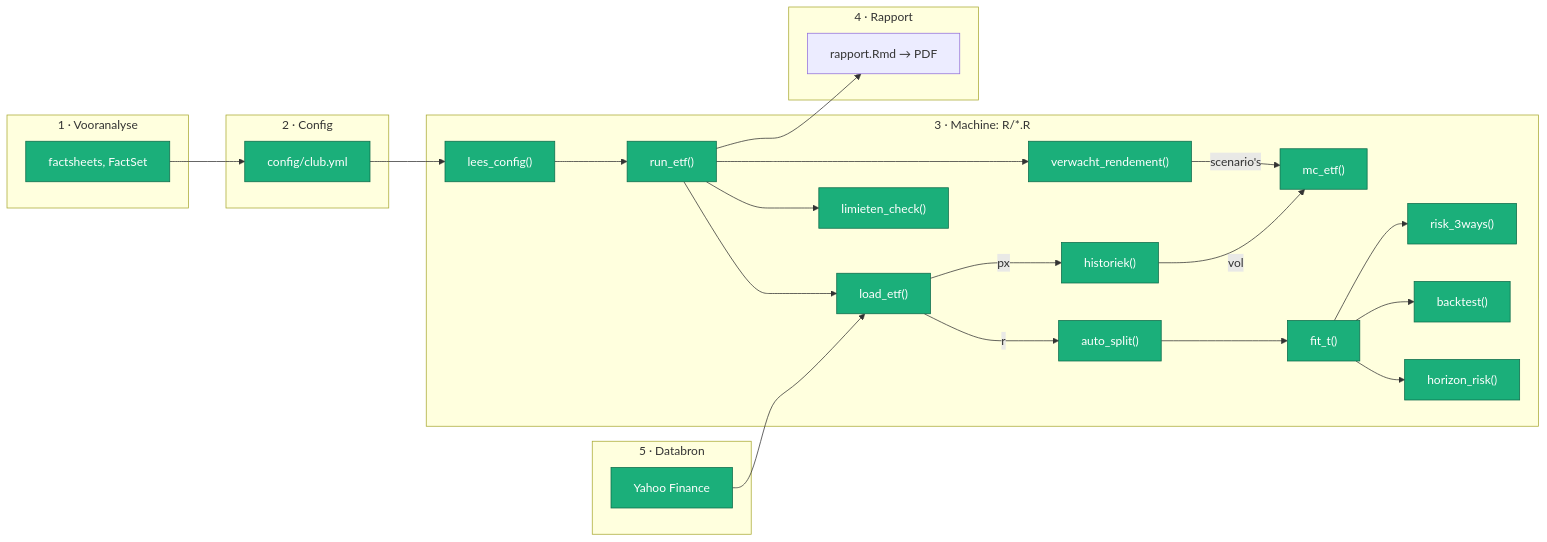
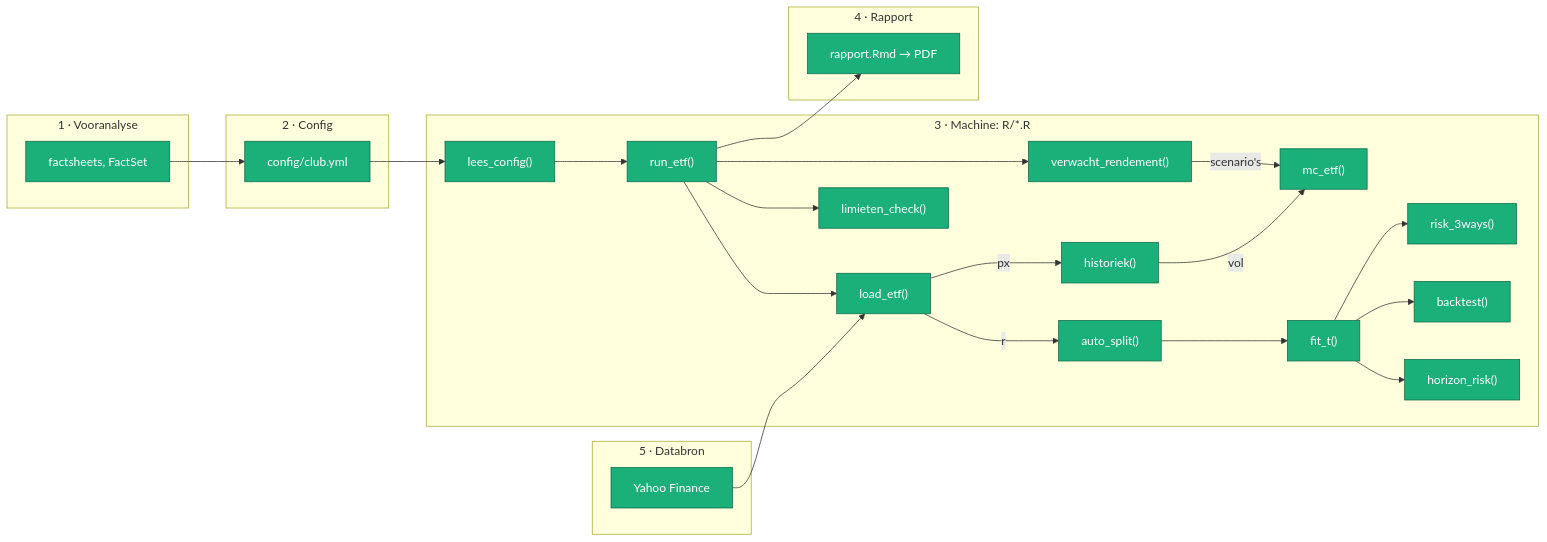
One commit to batistedecat/etf-model-1 changed the diagram in README.md. Above: the diagram before and after it, drawn with Mermaid.

````diff
--- a/README.md
+++ b/README.md
@@ -6,43 +6,43 @@
 ```mermaid
 flowchart LR
   subgraph A["1 · Vooranalyse"]
     S["factsheets, FactSet"]
   end
   subgraph B["2 · Config"]
     Y["config/club.yml"]
   end
   subgraph C["3 · Machine: R/*.R"]
     LC["lees_config()"]
     RE["run_etf()"]
     LE["load_etf()"]
     HI["historiek()"]
     VR["verwacht_rendement()"]
     MC["mc_etf()"]
     AS["auto_split()"]
     FT["fit_t()"]
     RK["risk_3ways()"]
     BT["backtest()"]
     HR["horizon_risk()"]
     LM["limieten_check()"]
   end
   subgraph D["4 · Rapport"]
     RP["rapport.Rmd → PDF"]
   end
   subgraph E["5 · Databron"]
     YH["Yahoo Finance"]
   end
   S --> Y --> LC --> RE
   RE --> LE
   LE -->|px| HI
   YH --> LE
   RE --> VR -->|scenario's| MC
   HI -->|vol| MC
   LE -->|r| AS --> FT
   FT --> RK
   FT --> BT
   FT --> HR
   RE --> LM
   RE --> RP
   classDef klaar fill:#1BAF7A,color:#fff,stroke:#0d6b4a
-    class LC,LE,YH,Y,S,HI,VR,MC,AS,FT,RK,BT,HR,LM,RE klaar
+    class LC,LE,YH,Y,S,HI,VR,MC,AS,FT,RK,BT,HR,LM,RE,RP klaar
 ```
````
